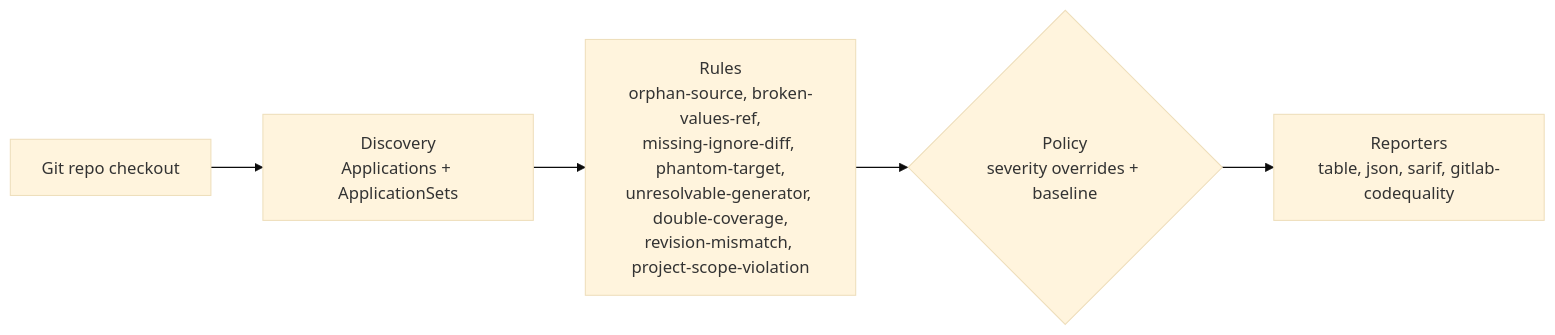
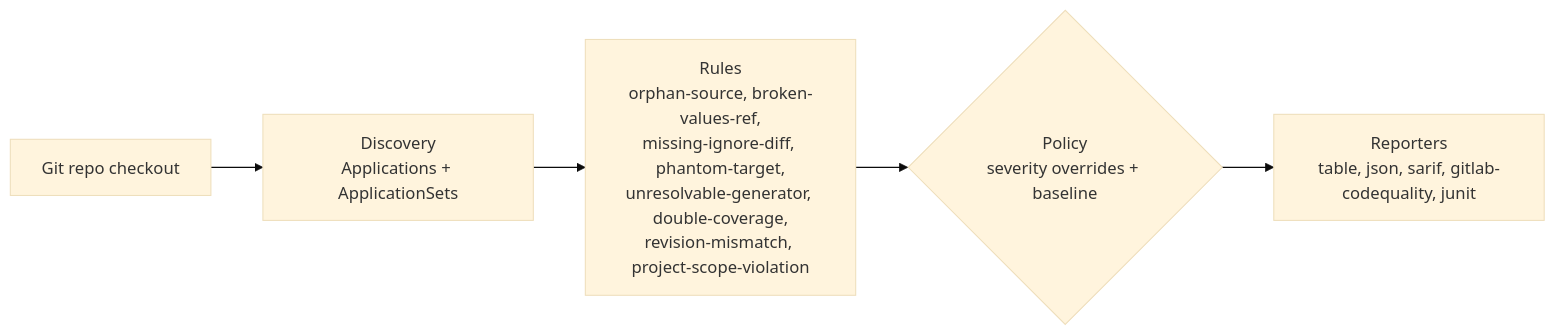
The diagram in README.md (actions-marketplace-validations/gillesl-dev_argocd-source-lint), drawn with Mermaid (base theme) before and after one commit. The commit also changed other lines of this file and 9 other files, not shown here.

````diff
--- a/README.md
+++ b/README.md
@@ -69,7 +69,7 @@
 ```mermaid
 flowchart LR
     A["Git repo checkout"] --> B["Discovery<br/>Applications + ApplicationSets"]
     B --> C["Rules<br/>orphan-source, broken-values-ref,<br/>missing-ignore-diff, phantom-target,<br/>unresolvable-generator, double-coverage,<br/>revision-mismatch, project-scope-violation"]
     C --> D{"Policy<br/>severity overrides + baseline"}
-    D --> E["Reporters<br/>table, json, sarif, gitlab-codequality"]
+    D --> E["Reporters<br/>table, json, sarif, gitlab-codequality, junit"]
 ```
````
